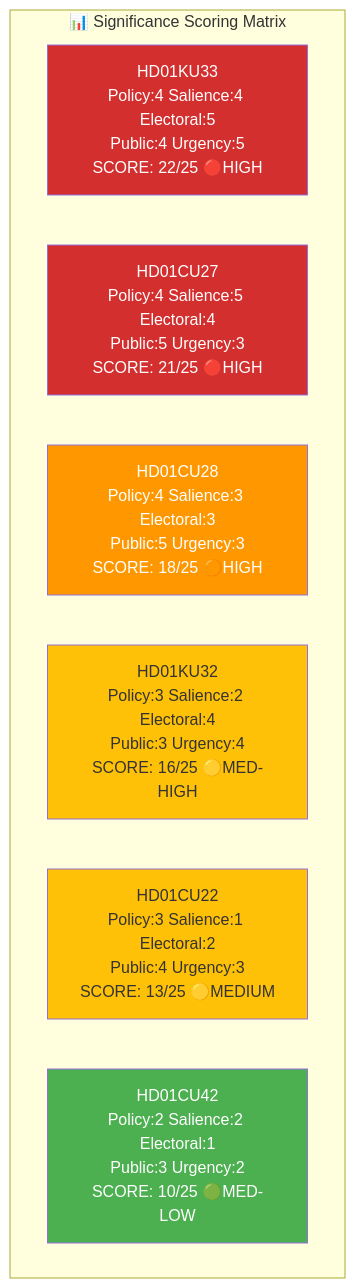
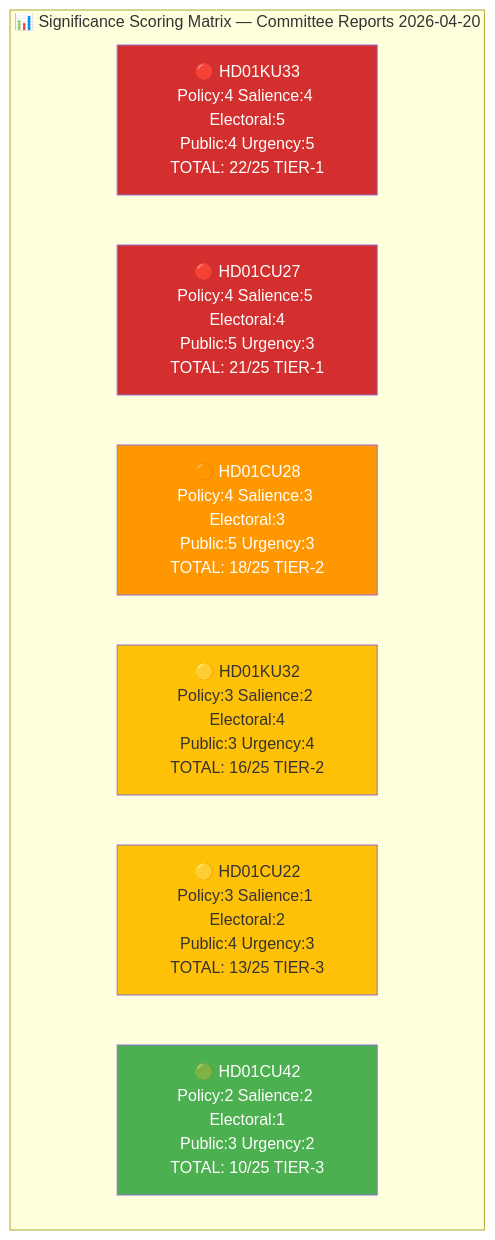
Before and after one commit to Hack23/riksdagsmonitor: the first of 2 diagrams in analysis/daily/2026-04-20/committeeReports/significance-scoring.md, drawn with Mermaid. The commit also changed other lines of this file and 14 other files, not shown here.

````diff
--- a/analysis/daily/2026-04-20/committeeReports/significance-scoring.md
+++ b/analysis/daily/2026-04-20/committeeReports/significance-scoring.md
@@ -12,17 +55,17 @@
 ```mermaid
 graph TD
-    subgraph "📊 Significance Scoring Matrix"
-        HD01KU33["HD01KU33<br/>Policy:4 Salience:4 Electoral:5<br/>Public:4 Urgency:5<br/>SCORE: 22/25 🔴HIGH"]
-        HD01CU27["HD01CU27<br/>Policy:4 Salience:5 Electoral:4<br/>Public:5 Urgency:3<br/>SCORE: 21/25 🔴HIGH"]
-        HD01CU28["HD01CU28<br/>Policy:4 Salience:3 Electoral:3<br/>Public:5 Urgency:3<br/>SCORE: 18/25 🟠HIGH"]
-        HD01KU32["HD01KU32<br/>Policy:3 Salience:2 Electoral:4<br/>Public:3 Urgency:4<br/>SCORE: 16/25 🟡MED-HIGH"]
-        HD01CU22["HD01CU22<br/>Policy:3 Salience:1 Electoral:2<br/>Public:4 Urgency:3<br/>SCORE: 13/25 🟡MEDIUM"]
-        HD01CU42["HD01CU42<br/>Policy:2 Salience:2 Electoral:1<br/>Public:3 Urgency:2<br/>SCORE: 10/25 🟢MED-LOW"]
+    subgraph "📊 Significance Scoring Matrix — Committee Reports 2026-04-20"
+        HD01KU33["🔴 HD01KU33<br/>Policy:4 Salience:4 Electoral:5<br/>Public:4 Urgency:5<br/>TOTAL: 22/25 TIER-1"]
+        HD01CU27["🔴 HD01CU27<br/>Policy:4 Salience:5 Electoral:4<br/>Public:5 Urgency:3<br/>TOTAL: 21/25 TIER-1"]
+        HD01CU28["🟠 HD01CU28<br/>Policy:4 Salience:3 Electoral:3<br/>Public:5 Urgency:3<br/>TOTAL: 18/25 TIER-2"]
+        HD01KU32["🟡 HD01KU32<br/>Policy:3 Salience:2 Electoral:4<br/>Public:3 Urgency:4<br/>TOTAL: 16/25 TIER-2"]
+        HD01CU22["🟡 HD01CU22<br/>Policy:3 Salience:1 Electoral:2<br/>Public:4 Urgency:3<br/>TOTAL: 13/25 TIER-3"]
+        HD01CU42["🟢 HD01CU42<br/>Policy:2 Salience:2 Electoral:1<br/>Public:3 Urgency:2<br/>TOTAL: 10/25 TIER-3"]
     end
     style HD01KU33 fill:#D32F2F,color:#fff
     style HD01CU27 fill:#D32F2F,color:#fff
     style HD01CU28 fill:#FF9800,color:#fff
     style HD01KU32 fill:#FFC107,color:#333
     style HD01CU22 fill:#FFC107,color:#333
     style HD01CU42 fill:#4CAF50,color:#fff
 ```
````
